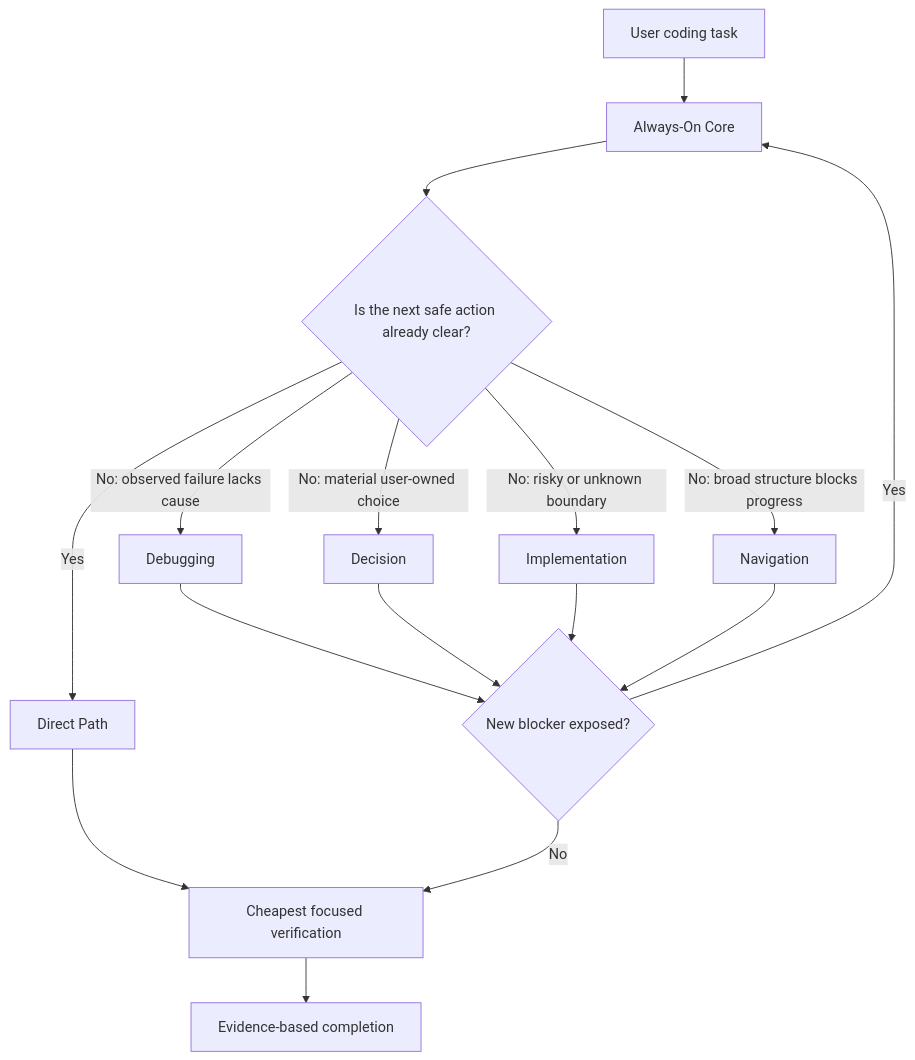
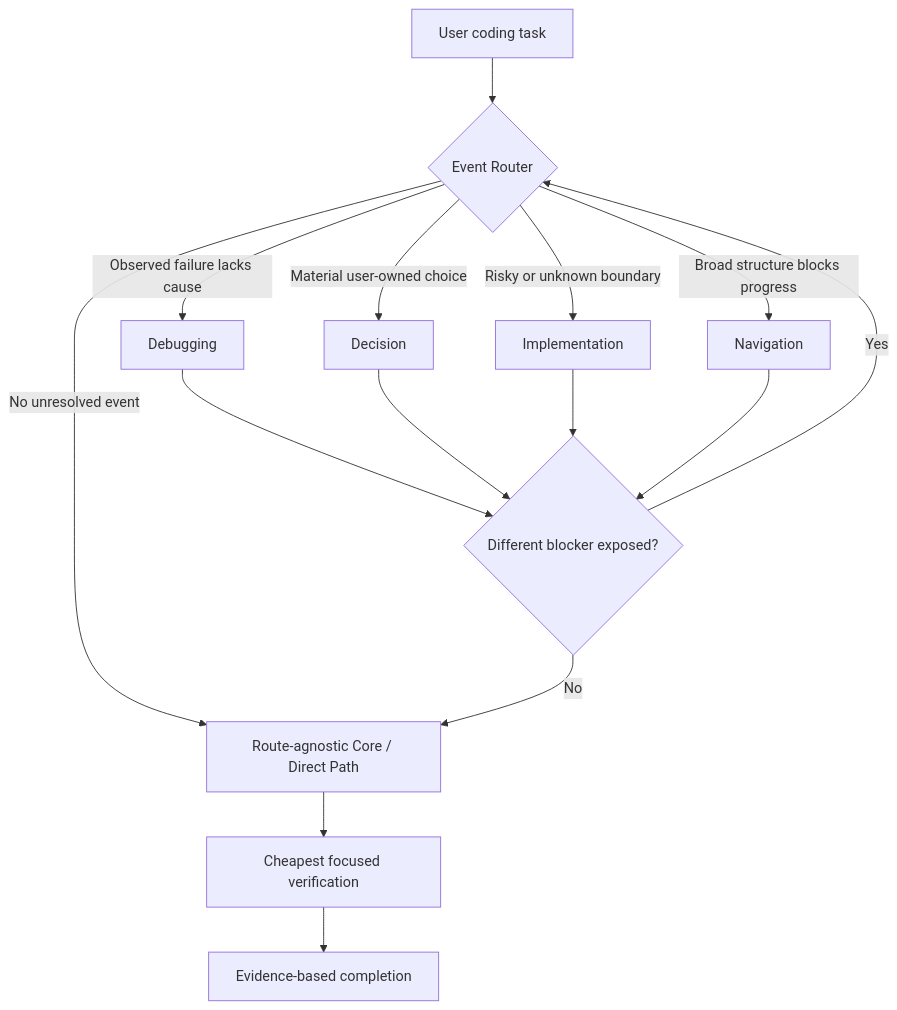
Before and after one commit to Hubujiu/practical-coding: the diagram in README.md, drawn with Mermaid. The commit also changed other lines of this file, not shown here.

Commit message:
document core router separation

````diff
--- a/README.md
+++ b/README.md
@@ -91,19 +91,18 @@
 ```mermaid
 flowchart TB
-    T[User coding task] --> C[Always-On Core]
-    C --> Q{Is the next safe action already clear?}
-    Q -->|Yes| D[Direct Path]
-    Q -->|No: observed failure lacks cause| G[Debugging]
-    Q -->|No: material user-owned choice| A[Decision]
-    Q -->|No: risky or unknown boundary| I[Implementation]
-    Q -->|No: broad structure blocks progress| N[Navigation]
+    T[User coding task] --> R{Event Router}
+    R -->|No unresolved event| C[Route-agnostic Core / Direct Path]
+    R -->|Observed failure lacks cause| G[Debugging]
+    R -->|Material user-owned choice| A[Decision]
+    R -->|Risky or unknown boundary| I[Implementation]
+    R -->|Broad structure blocks progress| N[Navigation]
 
-    G --> R{New blocker exposed?}
-    A --> R
-    I --> R
-    N --> R
-    R -->|No| V[Cheapest focused verification]
-    R -->|Yes| C
-    D --> V
+    G --> B{Different blocker exposed?}
+    A --> B
+    I --> B
+    N --> B
+    B -->|Yes| R
+    B -->|No| C
+    C --> V[Cheapest focused verification]
     V --> O[Evidence-based completion]
 ```
````
